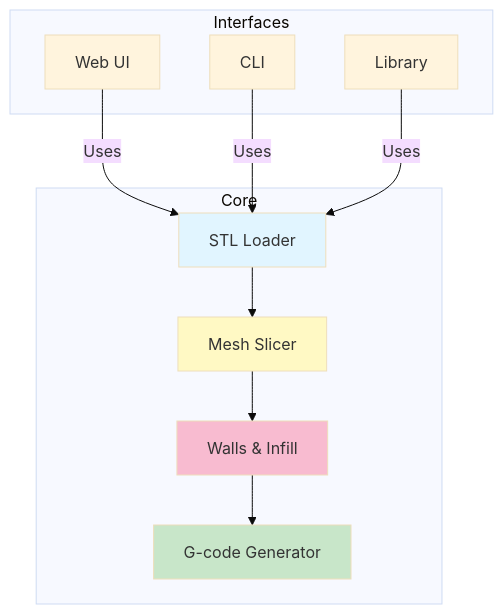
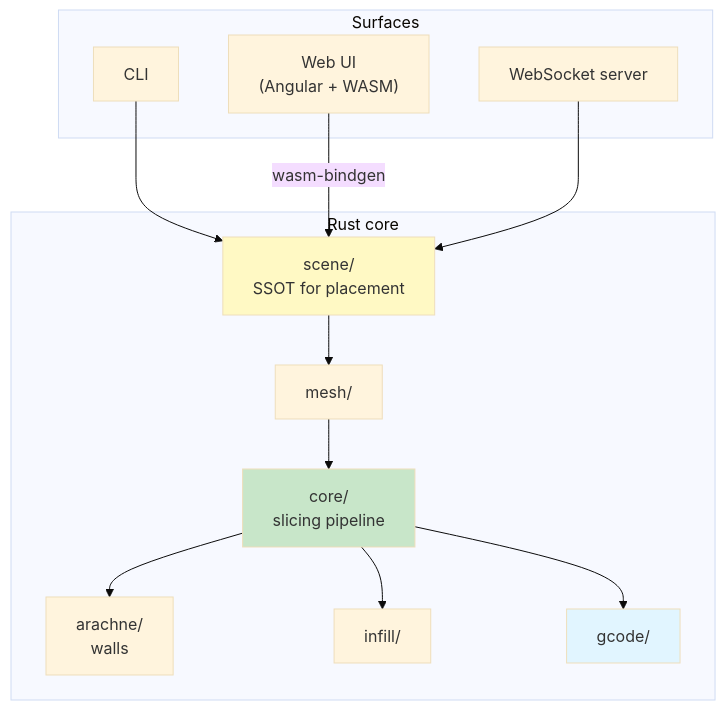
One commit to max-scopp/slicer-engine changed the diagram in README.md. Above: the diagram before and after it, drawn with Mermaid (base theme). The commit also changed other lines of this file and 12 other files, not shown here.

````diff
--- a/README.md
+++ b/README.md
@@ -17,23 +29,28 @@
 ```mermaid
 graph TB
-    subgraph "Core"
-        A["STL Loader"] --> B["Mesh Slicer"]
-        B --> C["Walls & Infill"]
-        C --> D["G-code Generator"]
+    subgraph Surfaces
+        F["CLI"]
+        E["Web UI<br/>(Angular + WASM)"]
+        S["WebSocket server"]
     end
-    
-    subgraph "Interfaces"
-        E["Web UI"]
-        F["CLI"]
-        G["Library"]
+
+    subgraph Core["Rust core"]
+        SC["scene/<br/>SSOT for placement"]
+        M["mesh/"]
+        SL["core/<br/>slicing pipeline"]
+        A["arachne/<br/>walls"]
+        I["infill/"]
+        G["gcode/"]
     end
-    
-    E -->|Uses| A
-    F -->|Uses| A
-    G -->|Uses| A
-    
-    style A fill:#e1f5ff
-    style B fill:#fff9c4
-    style C fill:#f8bbd0
-    style D fill:#c8e6c9
+
+    F --> SC
+    E -->|wasm-bindgen| SC
+    S --> SC
+    SC --> M --> SL --> A
+    SL --> I
+    SL --> G
+
+    style SC fill:#fff9c4
+    style SL fill:#c8e6c9
+    style G fill:#e1f5ff
 ```
````
